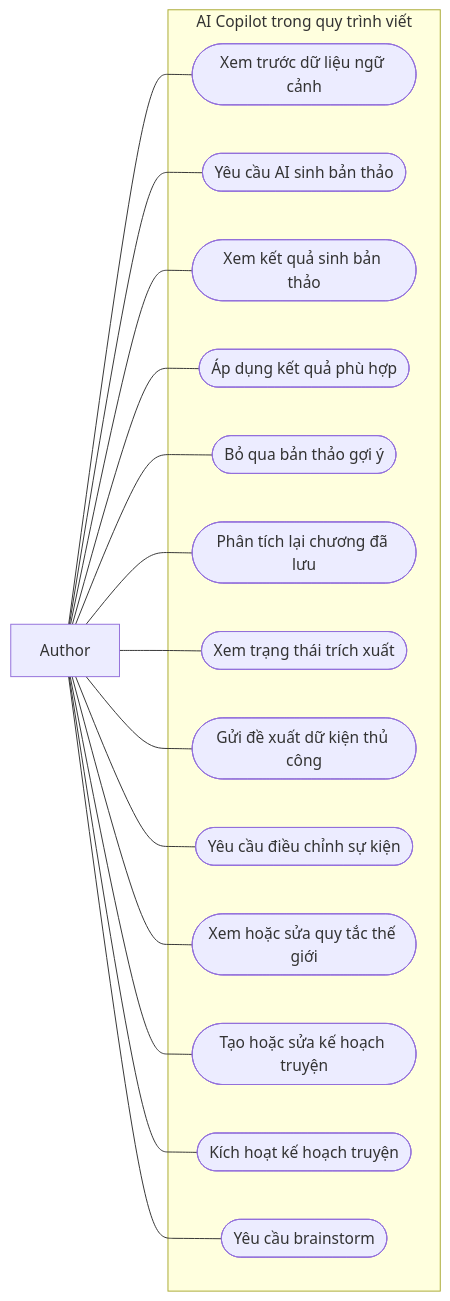
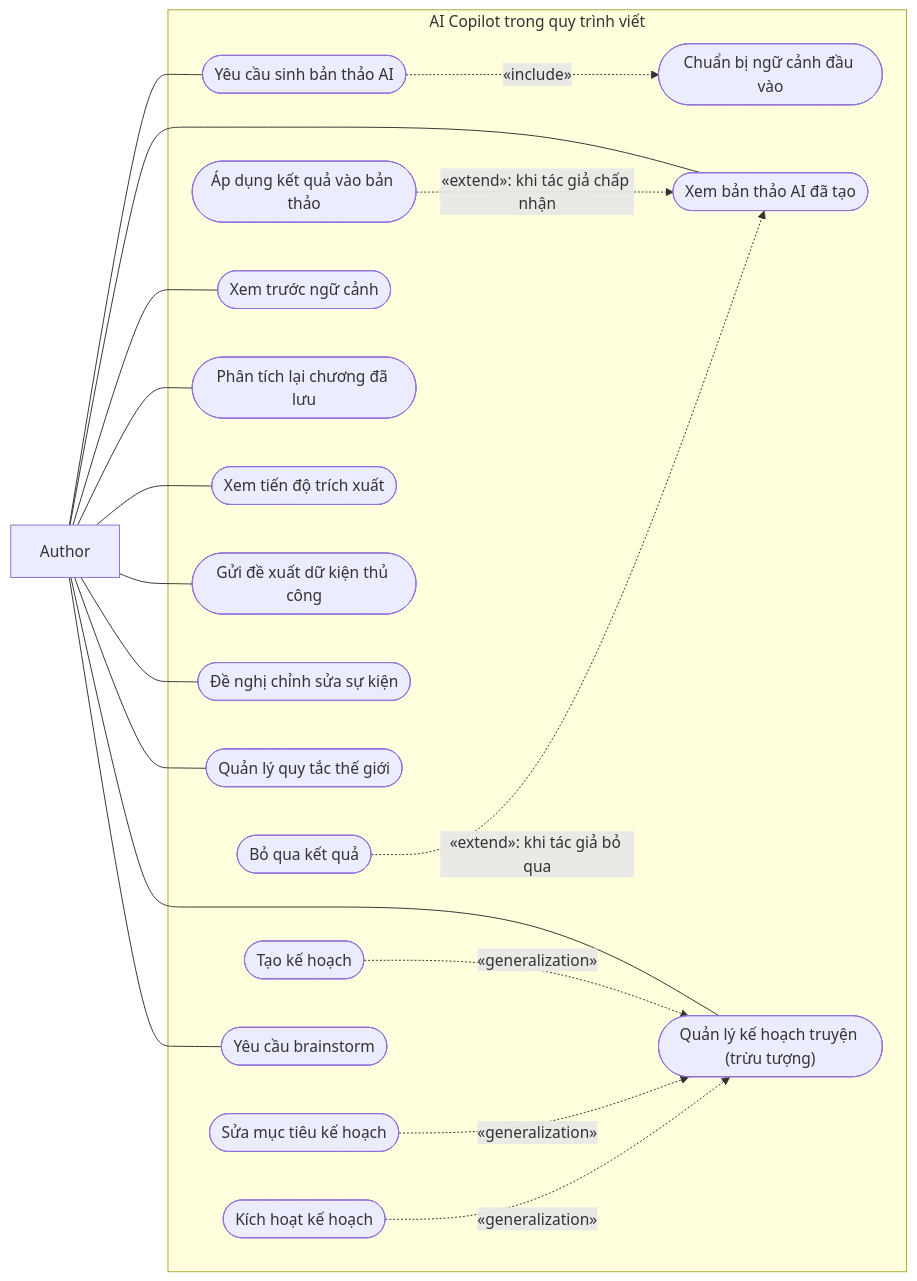
The second of 2 diagrams in docs/chuong-3-so-do/01c-usecase-ai.md (Ephurin/Novel_sharing_platform), drawn with Mermaid before and after one commit. The commit also changed other lines of this file, not shown here.

Commit message:
docs: correct use case hierarchy and UML relationships

````diff
--- a/docs/chuong-3-so-do/01c-usecase-ai.md
+++ b/docs/chuong-3-so-do/01c-usecase-ai.md
@@ -44,32 +50,38 @@
 ```mermaid
 flowchart LR
     A["Author"]
     subgraph SYS["AI Copilot trong quy trình viết"]
-        U1(["Xem trước dữ liệu ngữ cảnh"])
-        U2(["Yêu cầu AI sinh bản thảo"])
-        U3(["Xem kết quả sinh bản thảo"])
-        U4(["Áp dụng kết quả phù hợp"])
-        U5(["Bỏ qua bản thảo gợi ý"])
-        U6(["Phân tích lại chương đã lưu"])
-        U7(["Xem trạng thái trích xuất"])
-        U8(["Gửi đề xuất dữ kiện thủ công"])
-        U9(["Yêu cầu điều chỉnh sự kiện"])
-        U10(["Xem hoặc sửa quy tắc thế giới"])
-        U11(["Tạo hoặc sửa kế hoạch truyện"])
-        U12(["Kích hoạt kế hoạch truyện"])
-        U13(["Yêu cầu brainstorm"])
+        U1(["Yêu cầu sinh bản thảo AI"])
+        U2(["Chuẩn bị ngữ cảnh đầu vào"])
+        U3(["Xem bản thảo AI đã tạo"])
+        U4(["Áp dụng kết quả vào bản thảo"])
+        U5(["Bỏ qua kết quả"])
+        U6(["Xem trước ngữ cảnh"])
+        U7(["Phân tích lại chương đã lưu"])
+        U8(["Xem tiến độ trích xuất"])
+        U9(["Gửi đề xuất dữ kiện thủ công"])
+        U10(["Đề nghị chỉnh sửa sự kiện"])
+        U11(["Quản lý quy tắc thế giới"])
+        U12(["Quản lý kế hoạch truyện (trừu tượng)"])
+        U13(["Tạo kế hoạch"])
+        U14(["Sửa mục tiêu kế hoạch"])
+        U15(["Kích hoạt kế hoạch"])
+        U16(["Yêu cầu brainstorm"])
     end
     A --- U1
-    A --- U2
     A --- U3
-    A --- U4
-    A --- U5
     A --- U6
     A --- U7
     A --- U8
     A --- U9
     A --- U10
     A --- U11
     A --- U12
-    A --- U13
+    A --- U16
+    U1 -.->|"«include»"| U2
+    U4 -.->|"«extend»: khi tác giả chấp nhận"| U3
+    U5 -.->|"«extend»: khi tác giả bỏ qua"| U3
+    U13 -.->|"«generalization»"| U12
+    U14 -.->|"«generalization»"| U12
+    U15 -.->|"«generalization»"| U12
 ```
````
